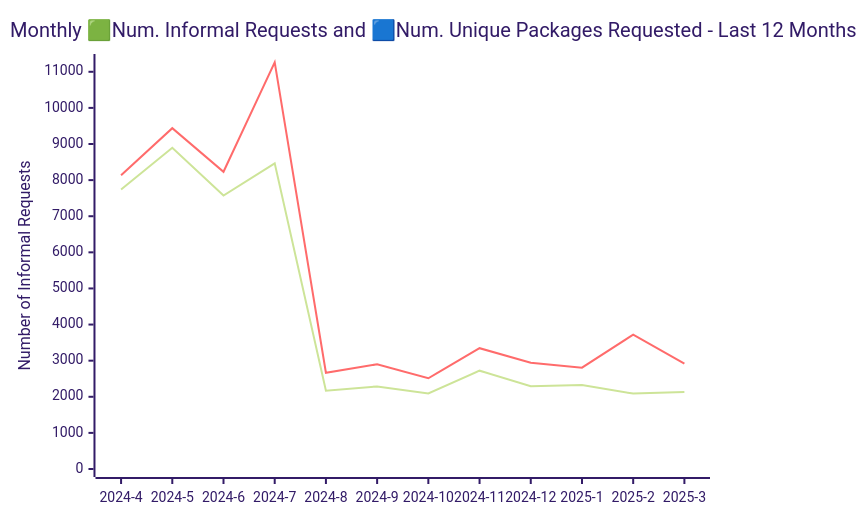
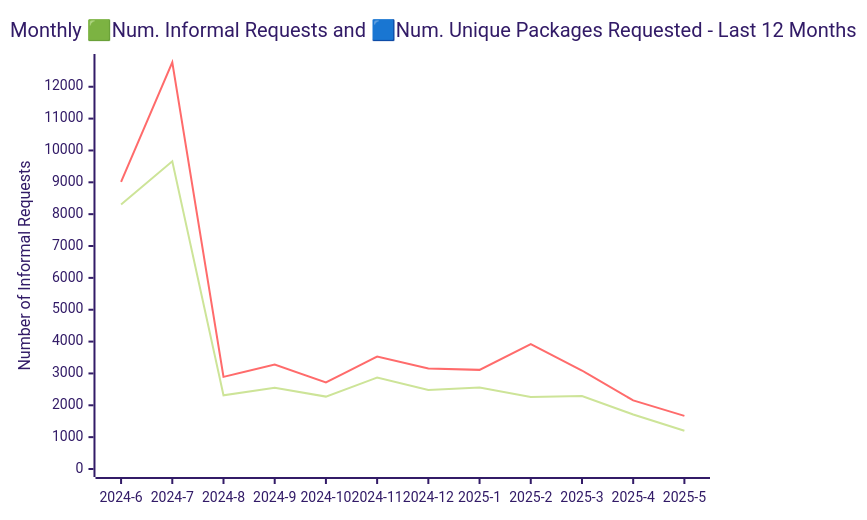
The diagram in ATI_INFORMAL_REPORT/readme.md (open-data/analytics-corporate-reporting), drawn with Mermaid (forest theme) before and after one commit. The commit also changed other lines of this file and 5 other files, not shown here.

````diff
--- a/ATI_INFORMAL_REPORT/readme.md
+++ b/ATI_INFORMAL_REPORT/readme.md
@@ -17,11 +17,11 @@
 ```mermaid
 
 xychart-beta
     title "Monthly 🟩Num. Informal Requests and 🟦Num. Unique Packages Requested - Last 12 Months"
-    x-axis [2024-4, 2024-5, 2024-6, 2024-7, 2024-8, 2024-9, 2024-10, 2024-11, 2024-12, 2025-1, 2025-2, 2025-3]
-    y-axis "Unique Packages" 0 --> 8904
-    y-axis "Number of Informal Requests" 0 --> 11271
+    x-axis [2024-6, 2024-7, 2024-8, 2024-9, 2024-10, 2024-11, 2024-12, 2025-1, 2025-2, 2025-3, 2025-4, 2025-5]
+    y-axis "Unique Packages" 0 --> 10096
+    y-axis "Number of Informal Requests" 0 --> 12777
 
-    line [7741, 8894, 7574, 8466, 2170, 2286, 2093, 2723, 2293, 2323, 2088, 2134]
-    line [8134, 9438, 8231, 11261, 2665, 2900, 2513, 3346, 2941, 2807, 3720, 2920]
+    line [8306, 9660, 2315, 2553, 2273, 2871, 2479, 2555, 2263, 2292, 1711, 1202]
+    line [9011, 12767, 2892, 3279, 2715, 3531, 3152, 3112, 3920, 3092, 2153, 1667]
 ```
````
